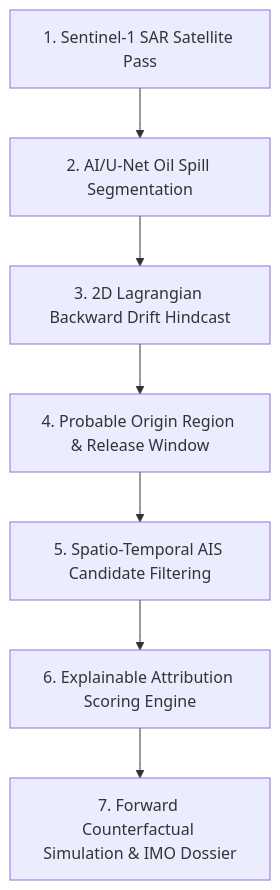
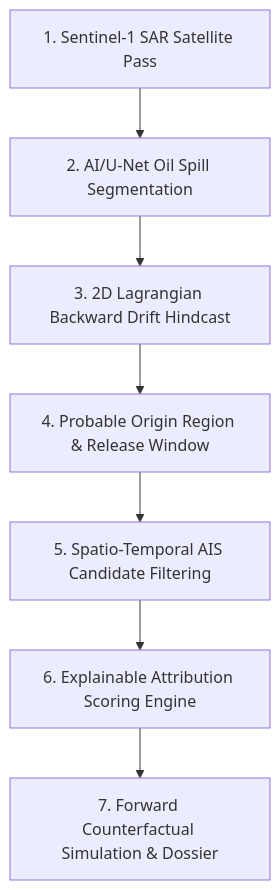
The diagram in README.md (pujansonani/OCEAN-EYE), drawn with Mermaid before and after one commit. The commit also changed other lines of this file and 7 other files, not shown here.

````diff
--- a/README.md
+++ b/README.md
@@ -16,9 +37,9 @@
 ```mermaid
 graph TD
     A[1. Sentinel-1 SAR Satellite Pass] --> B[2. AI/U-Net Oil Spill Segmentation]
     B --> C[3. 2D Lagrangian Backward Drift Hindcast]
     C --> D[4. Probable Origin Region & Release Window]
     D --> E[5. Spatio-Temporal AIS Candidate Filtering]
     E --> F[6. Explainable Attribution Scoring Engine]
-    F --> G[7. Forward Counterfactual Simulation & IMO Dossier]
+    F --> G[7. Forward Counterfactual Simulation & Dossier]
 ```
````
